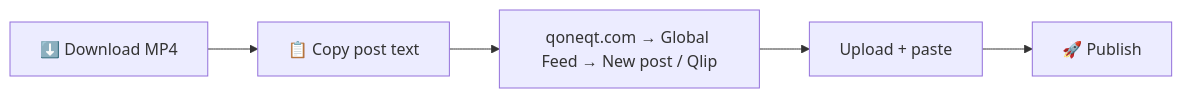
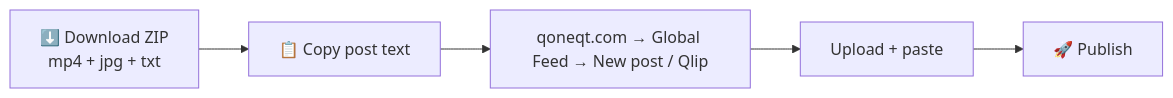
The ninth of 9 diagrams in README.md (darshit001/hackthn), drawn with Mermaid before and after one commit. The commit also changed other lines of this file, not shown here.

````diff
--- a/README.md
+++ b/README.md
@@ -472,4 +527,4 @@
 ```mermaid
 flowchart LR
-    A[⬇️ Download MP4] --> B[📋 Copy post text] --> C[qoneqt.com → Global Feed → New post / Qlip] --> D[Upload + paste] --> E[🚀 Publish]
+    A[⬇️ Download ZIP<br/>mp4 + jpg + txt] --> B[📋 Copy post text] --> C[qoneqt.com → Global Feed → New post / Qlip] --> D[Upload + paste] --> E[🚀 Publish]
 ```
````
